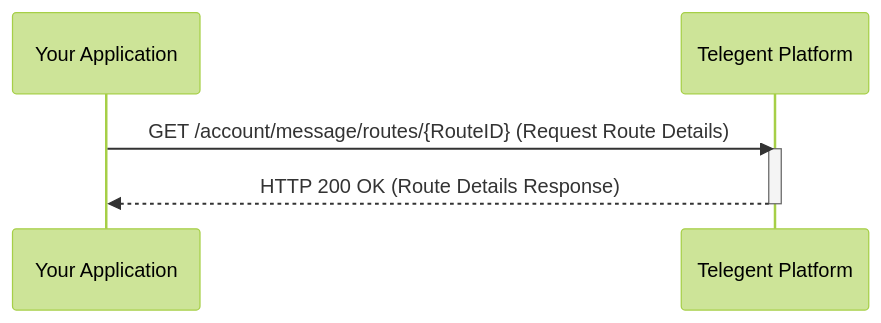
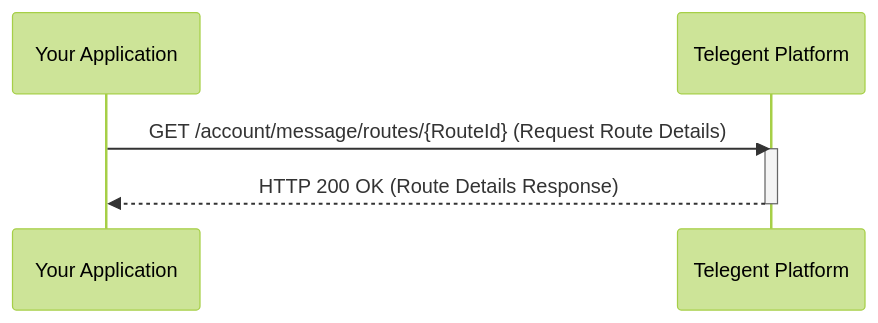
Before and after one commit to bbarclay/telegentdocumentation: the diagram in src/content/api-reference/intelligent-messaging/message-route-details.mdx, drawn with Mermaid (forest theme). The commit also changed other lines of this file and 30 other files, not shown here.

````diff
--- a/src/content/api-reference/intelligent-messaging/message-route-details.mdx
+++ b/src/content/api-reference/intelligent-messaging/message-route-details.mdx
@@ -83,10 +81,10 @@
 ```mermaid
 sequenceDiagram
     participant Y as Your Application
     participant T as Telegent Platform
 
-    Y->>T: GET /account/message/routes/{RouteID} (Request Route Details)
+    Y->>T: GET /account/message/routes/{RouteId} (Request Route Details)
     activate T
     T-->>Y: HTTP 200 OK (Route Details Response)
     deactivate T
 ``` 
````
